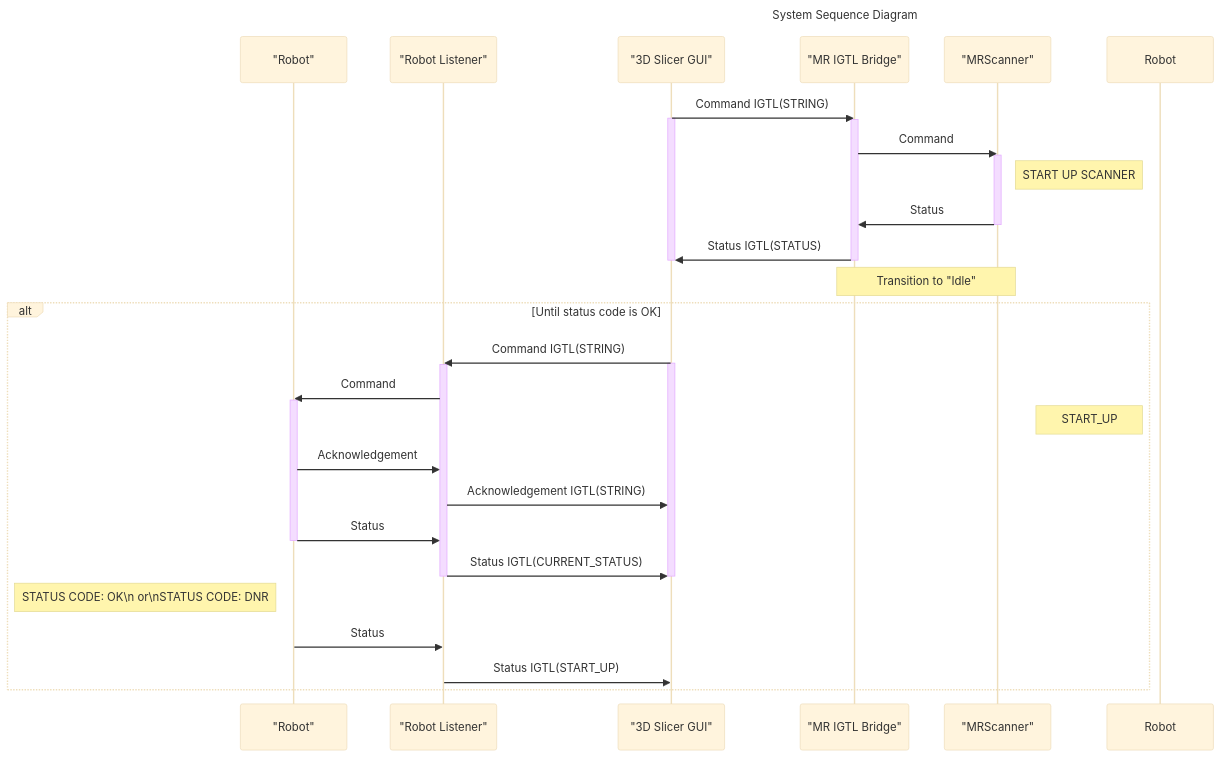
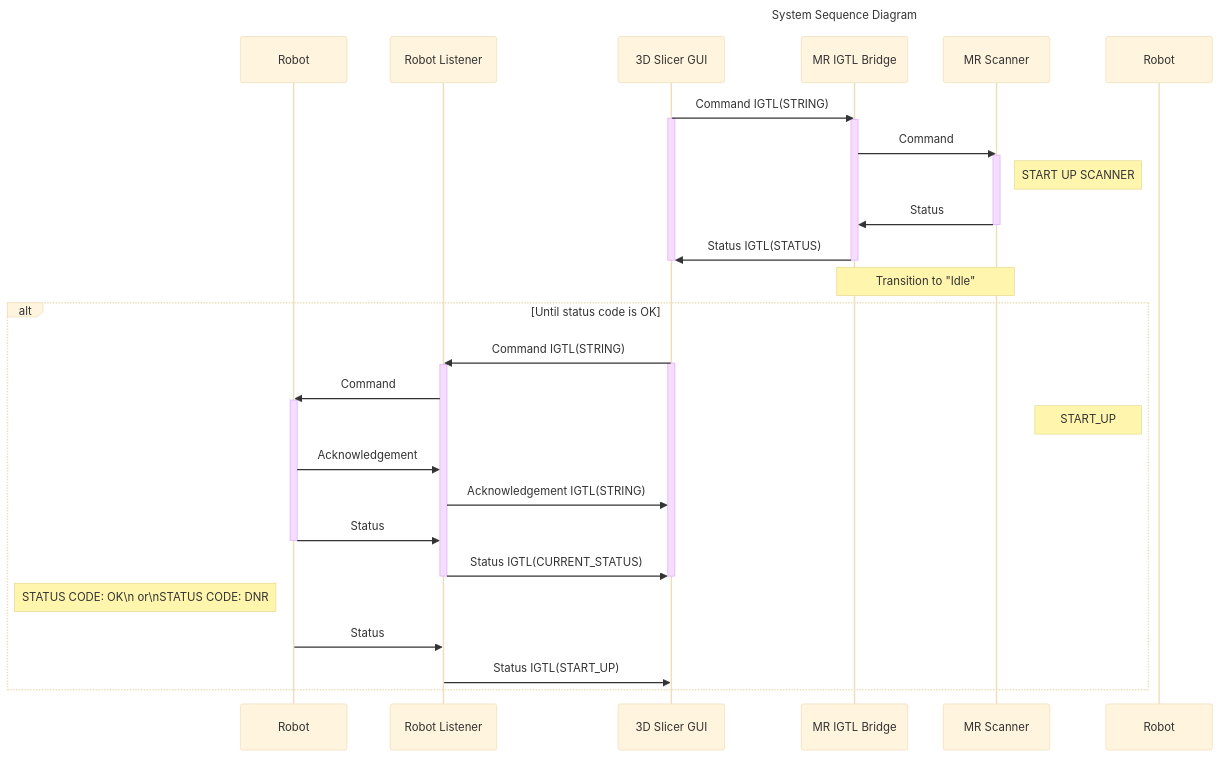
Before and after one commit to ProstateBRP/BRPRobot2021: the first of 5 diagrams in README.md, drawn with Mermaid (base theme). The commit also changed other lines of this file, not shown here.

Commit message:
Remove double-quotations from the participant names in the sequence diagram.

````diff
--- a/README.md
+++ b/README.md
@@ -7,46 +7,46 @@
 ```mermaid
 sequenceDiagram
 
 title System Sequence Diagram
 
-participant "Robot"
-participant "Robot Listener"
-participant "3D Slicer GUI"
-participant "MR IGTL Bridge"
-participant "MRScanner"
+participant R as Robot
+participant RL as Robot Listener
+participant SGUI as 3D Slicer GUI
+participant MRIGTL  as MR IGTL Bridge
+participant MRS as MR Scanner
 
-"3D Slicer GUI"->>"MR IGTL Bridge":Command IGTL(STRING)
-activate "3D Slicer GUI"
-activate "MR IGTL Bridge"
-"MR IGTL Bridge"->>"MRScanner":Command
-activate "MRScanner"
-note right of "MRScanner":START UP SCANNER
-"MRScanner"->>"MR IGTL Bridge":Status
-deactivate "MRScanner"
-"MR IGTL Bridge"->>"3D Slicer GUI":Status IGTL(STATUS)
-deactivate "3D Slicer GUI"
-deactivate "MR IGTL Bridge"
+SGUI->>MRIGTL:Command IGTL(STRING)
+activate SGUI
+activate MRIGTL
+MRIGTL->>MRS:Command
+activate MRS
+note right of MRS:START UP SCANNER
+MRS->>MRIGTL:Status
+deactivate MRS
+MRIGTL->>SGUI:Status IGTL(STATUS)
+deactivate SGUI
+deactivate MRIGTL
 
-note over "MR IGTL Bridge","MRScanner":Transition to "Idle"
+note over MRIGTL,MRS:Transition to "Idle"
 alt Until status code is OK
-"3D Slicer GUI"->>"Robot Listener":Command IGTL(STRING)
-activate "3D Slicer GUI"
-activate "Robot Listener"
-"Robot Listener"->>"Robot":Command
-activate "Robot"
+SGUI->>RL:Command IGTL(STRING)
+activate SGUI
+activate RL
+RL->>R:Command
+activate R
 note left of Robot:START_UP
-"Robot"->>"Robot Listener":Acknowledgement
-"Robot Listener"->>"3D Slicer GUI":Acknowledgement IGTL(STRING)
-"Robot"->>"Robot Listener":Status
-deactivate "Robot"
-"Robot Listener"->>"3D Slicer GUI":Status IGTL(CURRENT_STATUS)
+R->>RL:Acknowledgement
+RL->>SGUI:Acknowledgement IGTL(STRING)
+R->>RL:Status
+deactivate R
+RL->>SGUI:Status IGTL(CURRENT_STATUS)
 
 
-deactivate "Robot Listener"
-deactivate "3D Slicer GUI"
-note left of "Robot":STATUS CODE: OK\n               or\nSTATUS CODE: DNR
-"Robot"->>"Robot Listener":Status
-"Robot Listener"->>"3D Slicer GUI":Status IGTL(START_UP)
+deactivate RL
+deactivate SGUI
+note left of R:STATUS CODE: OK\n               or\nSTATUS CODE: DNR
+R->>RL:Status
+RL->>SGUI:Status IGTL(START_UP)
 end
 
 ```
````
